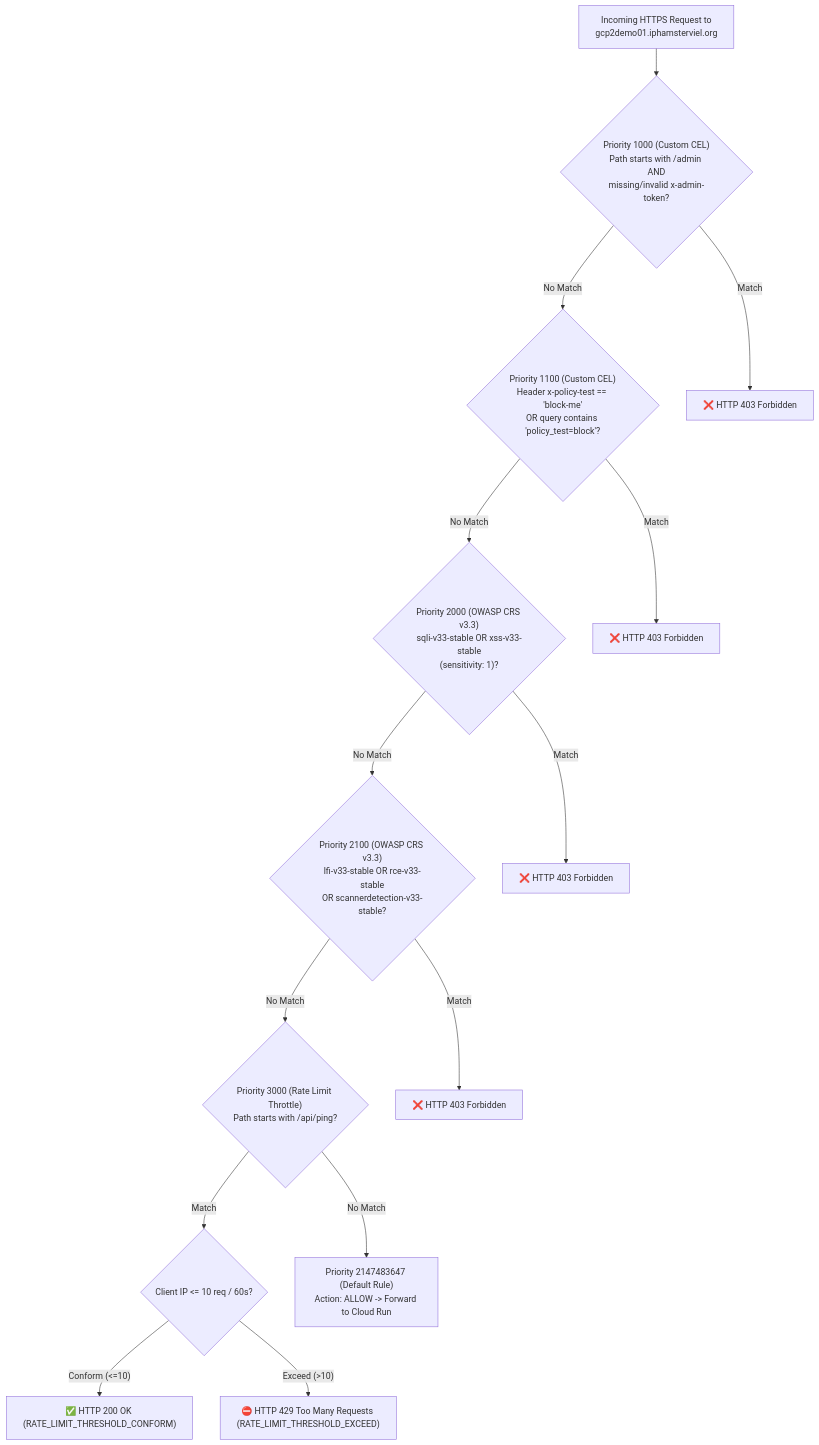
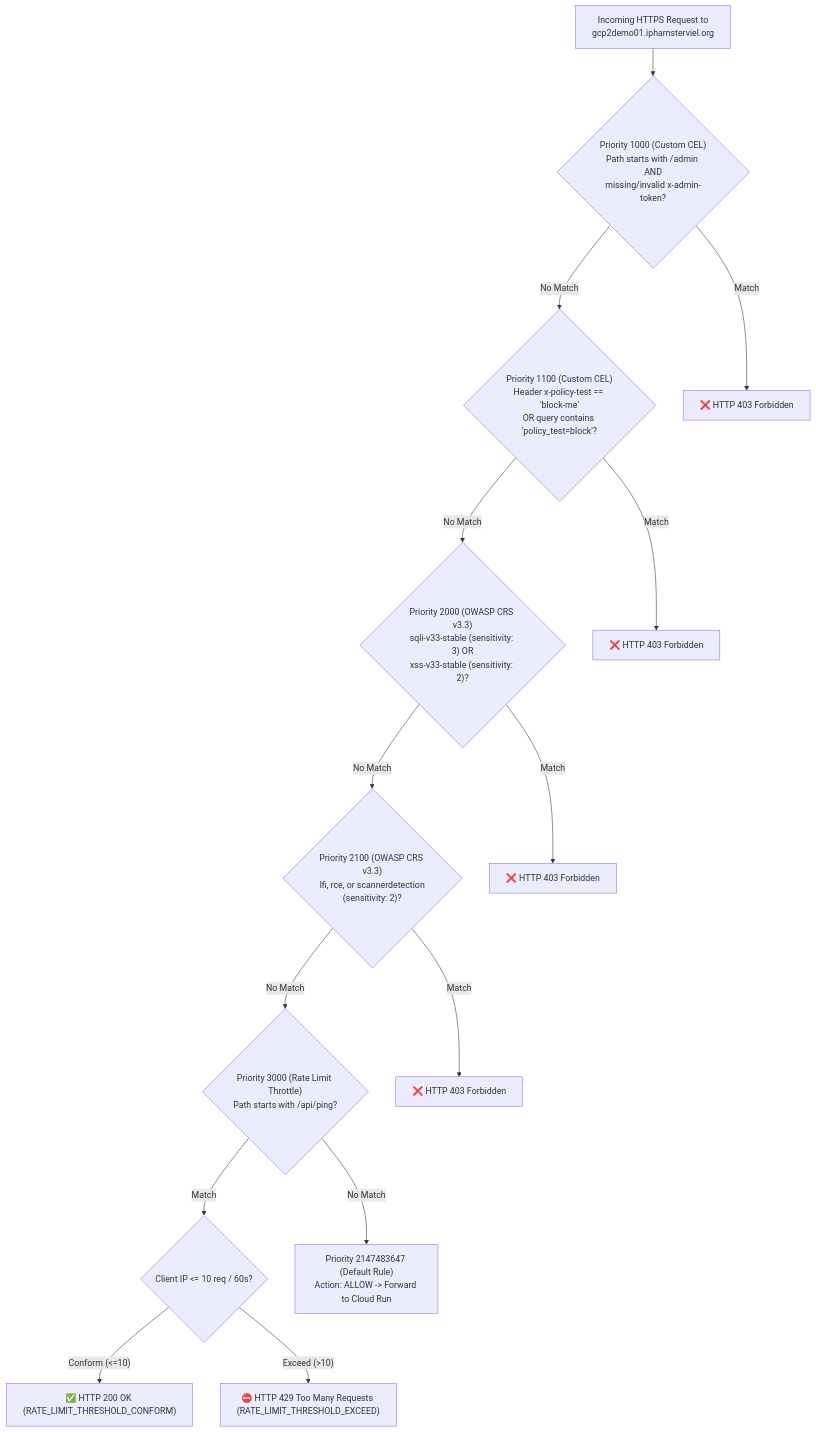
One commit to indrapn00/cloud-armor-study-01 changed the second of 2 diagrams in study-notes.md. Above: the diagram before and after it, drawn with Mermaid. The commit also changed other lines of this file and 2 other files, not shown here.

````diff
--- a/study-notes.md
+++ b/study-notes.md
@@ -271,25 +272,25 @@
 ```mermaid
 flowchart TD
     Req["Incoming HTTPS Request to<br/>gcp2demo01.iphamsterviel.org"]
     P1000{"Priority 1000 (Custom CEL)<br/>Path starts with /admin AND<br/>missing/invalid x-admin-token?"}
     P1100{"Priority 1100 (Custom CEL)<br/>Header x-policy-test == 'block-me'<br/>OR query contains 'policy_test=block'?"}
-    P2000{"Priority 2000 (OWASP CRS v3.3)<br/>sqli-v33-stable OR xss-v33-stable<br/>(sensitivity: 1)?"}
-    P2100{"Priority 2100 (OWASP CRS v3.3)<br/>lfi-v33-stable OR rce-v33-stable<br/>OR scannerdetection-v33-stable?"}
+    P2000{"Priority 2000 (OWASP CRS v3.3)<br/>sqli-v33-stable (sensitivity: 3) OR<br/>xss-v33-stable (sensitivity: 2)?"}
+    P2100{"Priority 2100 (OWASP CRS v3.3)<br/>lfi, rce, or scannerdetection<br/>(sensitivity: 2)?"}
     P3000{"Priority 3000 (Rate Limit Throttle)<br/>Path starts with /api/ping?"}
     P3000Check{"Client IP <= 10 req / 60s?"}
     Default["Priority 2147483647 (Default Rule)<br/>Action: ALLOW -> Forward to Cloud Run"]
 
     Req --> P1000
     P1000 -->|"Match"| Deny403_1["❌ HTTP 403 Forbidden"]
     P1000 -->|"No Match"| P1100
     P1100 -->|"Match"| Deny403_2["❌ HTTP 403 Forbidden"]
     P1100 -->|"No Match"| P2000
     P2000 -->|"Match"| Deny403_3["❌ HTTP 403 Forbidden"]
     P2000 -->|"No Match"| P2100
     P2100 -->|"Match"| Deny403_4["❌ HTTP 403 Forbidden"]
     P2100 -->|"No Match"| P3000
     P3000 -->|"Match"| P3000Check
     P3000 -->|"No Match"| Default
     P3000Check -->|"Conform (<=10)"| Allow200["✅ HTTP 200 OK (RATE_LIMIT_THRESHOLD_CONFORM)"]
     P3000Check -->|"Exceed (>10)"| Deny429["⛔ HTTP 429 Too Many Requests (RATE_LIMIT_THRESHOLD_EXCEED)"]
 ```
````
